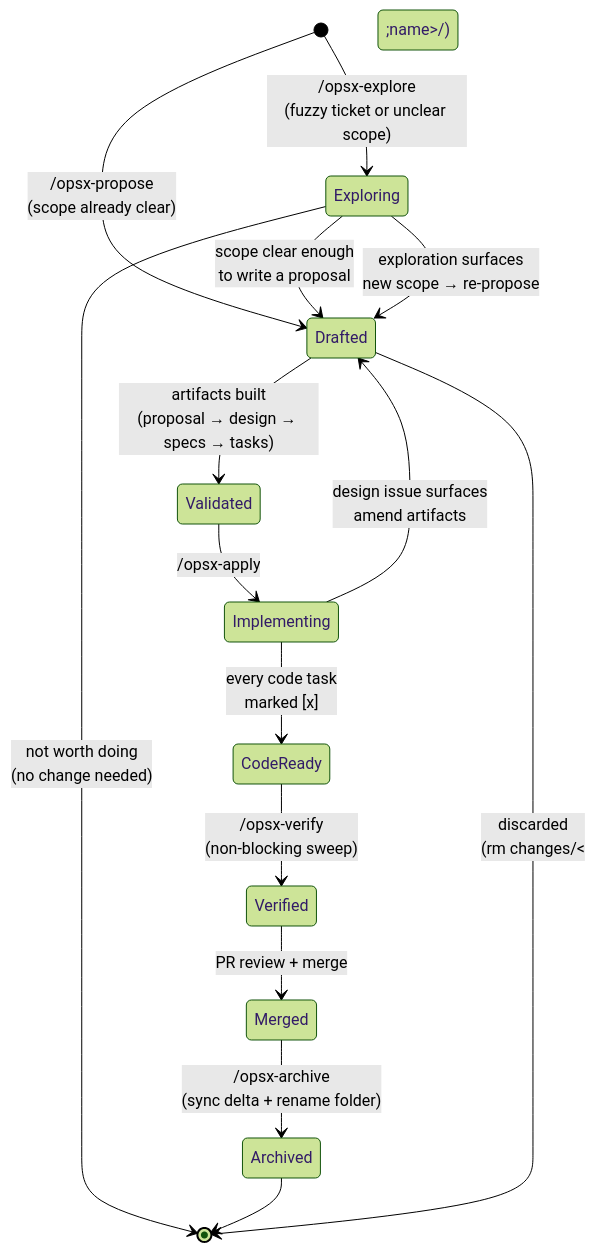
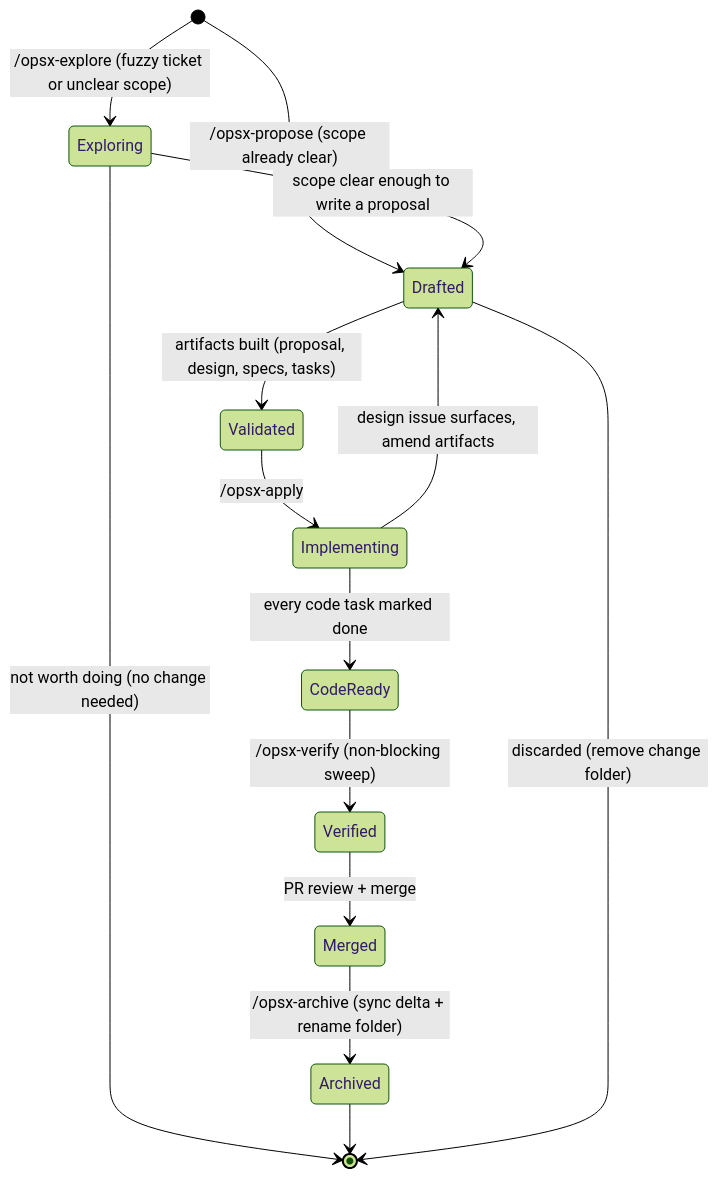
One commit to adheepgeorge/knowledge-base changed the first of 7 diagrams in docs/open-spec/developer-workflow-with-open-spec.md. Above: the diagram before and after it, drawn with Mermaid (forest theme).

Commit message:
update diagram

````diff
--- a/docs/open-spec/developer-workflow-with-open-spec.md
+++ b/docs/open-spec/developer-workflow-with-open-spec.md
@@ -40,18 +40,17 @@
 ```mermaid
 stateDiagram-v2
-    [*] --> Exploring: /opsx-explore<br/>(fuzzy ticket or unclear scope)
-    [*] --> Drafted: /opsx-propose<br/>(scope already clear)
-    Exploring --> Drafted: scope clear enough<br/>to write a proposal
-    Exploring --> [*]: not worth doing<br/>(no change needed)
-    Drafted --> Validated: artifacts built<br/>(proposal → design → specs → tasks)
+    [*] --> Exploring: /opsx-explore (fuzzy ticket or unclear scope)
+    [*] --> Drafted: /opsx-propose (scope already clear)
+    Exploring --> Drafted: scope clear enough to write a proposal
+    Exploring --> [*]: not worth doing (no change needed)
+    Drafted --> Validated: artifacts built (proposal, design, specs, tasks)
     Validated --> Implementing: /opsx-apply
-    Implementing --> CodeReady: every code task<br/>marked [x]
-    CodeReady --> Verified: /opsx-verify<br/>(non-blocking sweep)
+    Implementing --> CodeReady: every code task marked done
+    CodeReady --> Verified: /opsx-verify (non-blocking sweep)
     Verified --> Merged: PR review + merge
-    Merged --> Archived: /opsx-archive<br/>(sync delta + rename folder)
+    Merged --> Archived: /opsx-archive (sync delta + rename folder)
     Archived --> [*]
 
-    Implementing --> Drafted: design issue surfaces<br/>amend artifacts
-    Exploring --> Drafted: exploration surfaces<br/>new scope → re-propose
-    Drafted --> [*]: discarded<br/>(rm changes/&lt;name&gt;/)
+    Implementing --> Drafted: design issue surfaces, amend artifacts
+    Drafted --> [*]: discarded (remove change folder)
 ```
````
